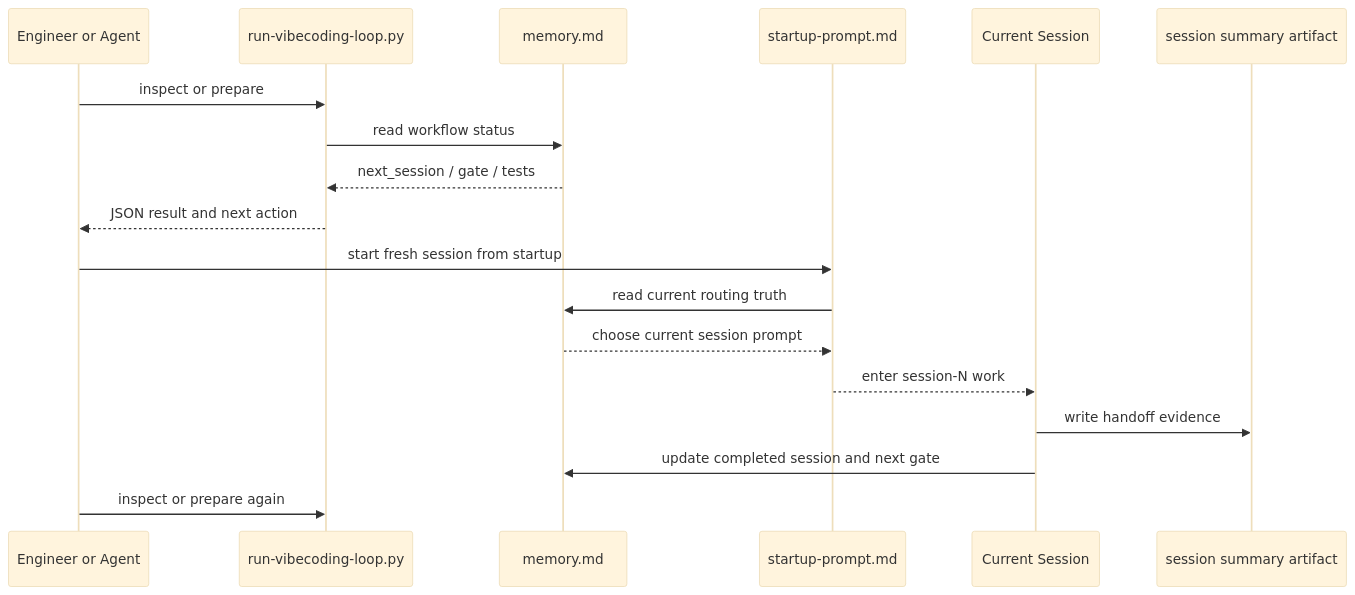
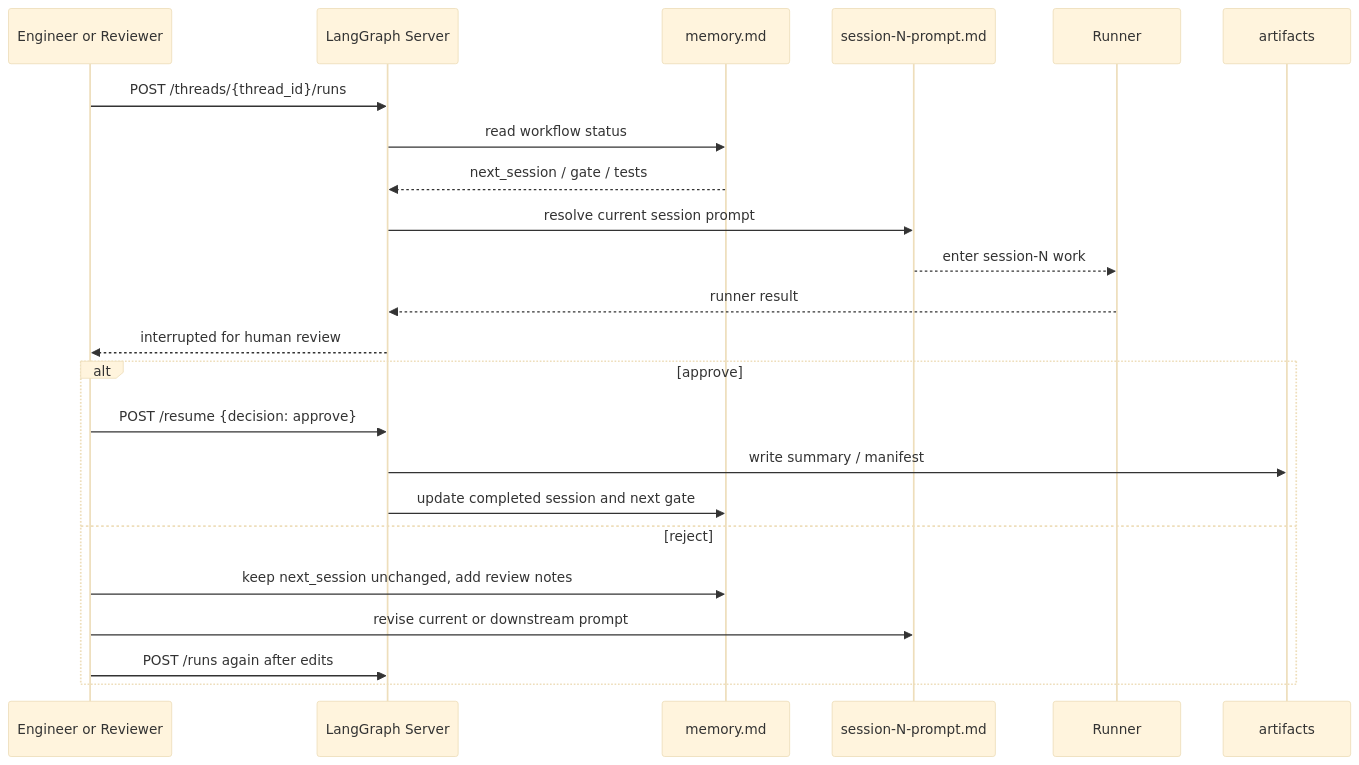
One commit to qi9zg202-source/vibecodingworkflow changed the sixth of 6 diagrams in docs/workflow-standard.md. Above: the diagram before and after it, drawn with Mermaid (base theme). The commit also changed other lines of this file and 209 other files, not shown here.

````diff
--- a/docs/workflow-standard.md
+++ b/docs/workflow-standard.md
@@ -168,23 +266,27 @@
 ```mermaid
 sequenceDiagram
-    participant U as Engineer or Agent
-    participant P as run-vibecoding-loop.py
+    participant U as Engineer or Reviewer
+    participant L as LangGraph Server
     participant M as memory.md
-    participant S as startup-prompt.md
-    participant X as Current Session
-    participant A as session summary artifact
+    participant P as session-N-prompt.md
+    participant X as Runner
+    participant A as artifacts
 
-    U->>P: inspect or prepare
-    P->>M: read workflow status
-    M-->>P: next_session / gate / tests
-    P-->>U: JSON result and next action
+    U->>L: POST /threads/{thread_id}/runs
+    L->>M: read workflow status
+    M-->>L: next_session / gate / tests
+    L->>P: resolve current session prompt
+    P-->>X: enter session-N work
+    X-->>L: runner result
+    L-->>U: interrupted for human review
 
-    U->>S: start fresh session from startup
-    S->>M: read current routing truth
-    M-->>S: choose current session prompt
-    S-->>X: enter session-N work
-
-    X->>A: write handoff evidence
-    X->>M: update completed session and next gate
-    U->>P: inspect or prepare again
+    alt approve
+        U->>L: POST /resume {decision: approve}
+        L->>A: write summary / manifest
+        L->>M: update completed session and next gate
+    else reject
+        U->>M: keep next_session unchanged, add review notes
+        U->>P: revise current or downstream prompt
+        U->>L: POST /runs again after edits
+    end
 ```
````
